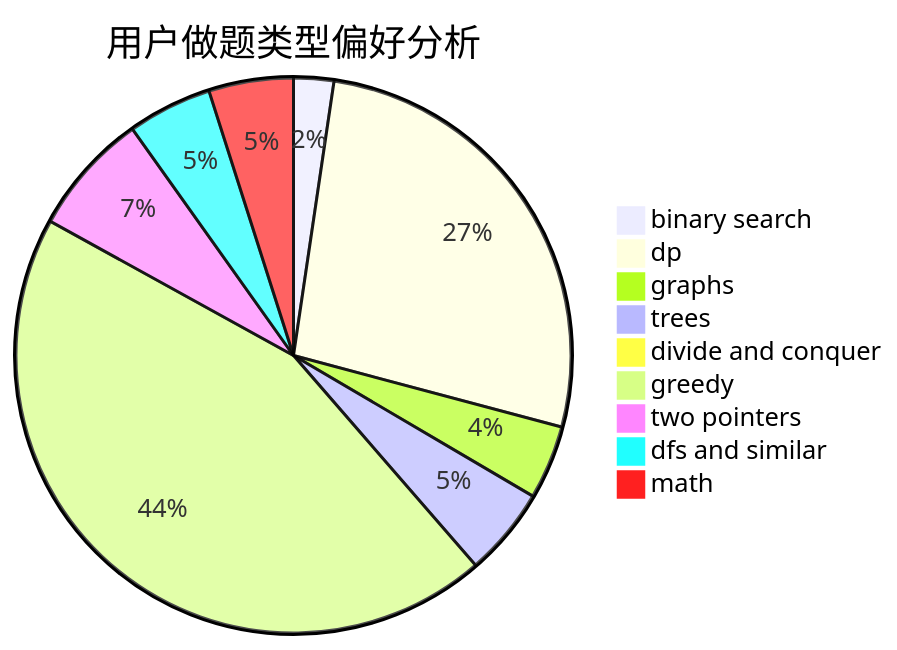
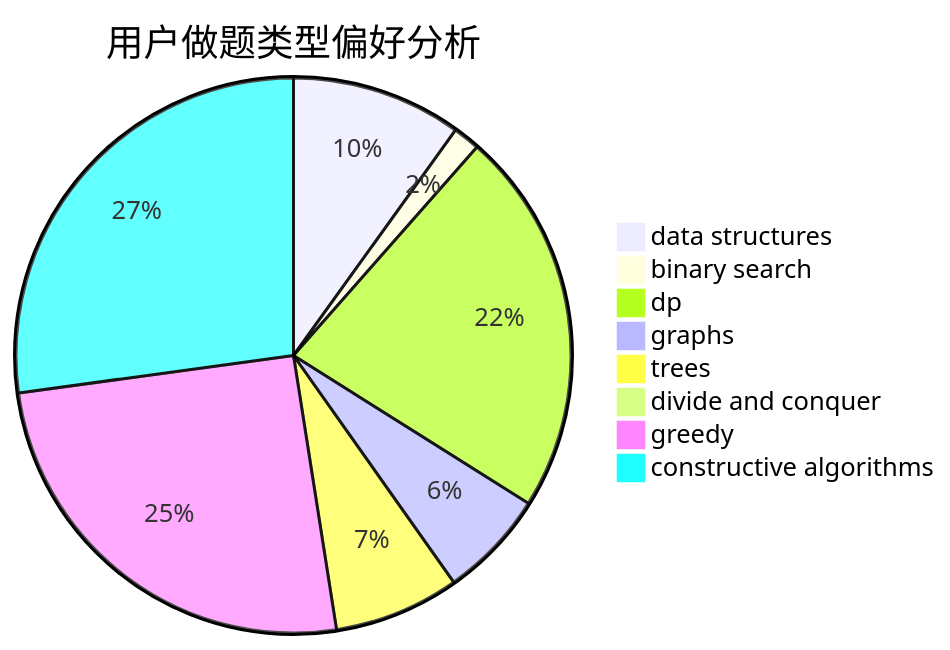
Before and after one commit to sherpahu/cfrs.github.io: the second of 3 diagrams in docs/user/u2104.md, drawn with Mermaid. The commit also changed other lines of this file and 2775 other files, not shown here.

````diff
--- a/docs/user/u2104.md
+++ b/docs/user/u2104.md
@@ -23,12 +23,11 @@
 ```mermaid
 pie title 用户做题类型偏好分析
-    "binary search" :  19
-    "dp" :  218
-    "graphs" :  35
-    "trees" :  42
+    "data structures" :  38
+    "binary search" :  6
+    "dp" :  86
+    "graphs" :  24
+    "trees" :  28
     "divide and conquer" :  0
-    "greedy" :  361
-    "two pointers" :  58
-    "dfs and similar" :  40
-    "math" :  40
+    "greedy" :  97
+    "constructive algorithms" :  104
 ```
````
